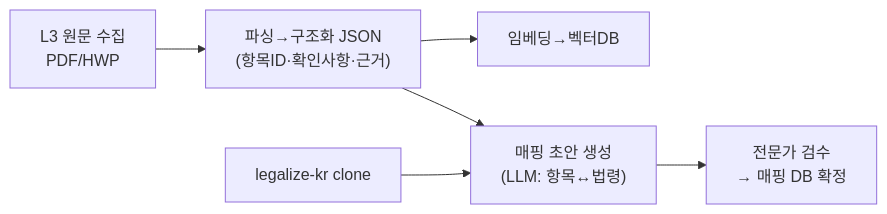
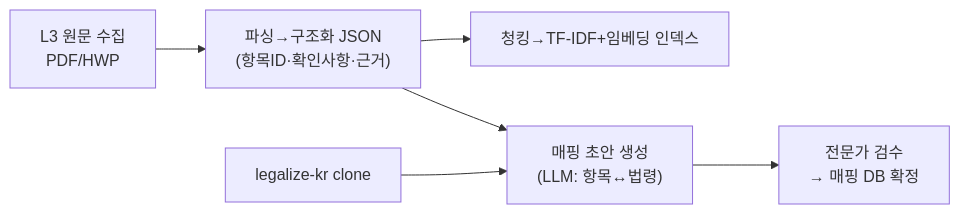
One commit to 3iuy-prog/kr-compliance-ai changed the second of 2 diagrams in docs/01-architecture.md. Above: the diagram before and after it, drawn with Mermaid. The commit also changed other lines of this file and 8 other files, not shown here.

First line of the commit message:
feat(rag): TF-IDF + 로컬 임베딩(KURE-v1) 하이브리드 검색과 평가 도구

````diff
--- a/docs/01-architecture.md
+++ b/docs/01-architecture.md
@@ -101,8 +101,8 @@
 ```mermaid
 flowchart LR
     S1["L3 원문 수집<br/>PDF/HWP"] --> S2["파싱→구조화 JSON<br/>(항목ID·확인사항·근거)"]
-    S2 --> S3["임베딩→벡터DB"]
+    S2 --> S3["청킹→TF-IDF+임베딩 인덱스"]
     S2 --> S4["매핑 초안 생성<br/>(LLM: 항목↔법령)"]
     S4 --> S5["전문가 검수<br/>→ 매핑 DB 확정"]
     D1["legalize-kr clone"] --> S4
 ```
````
